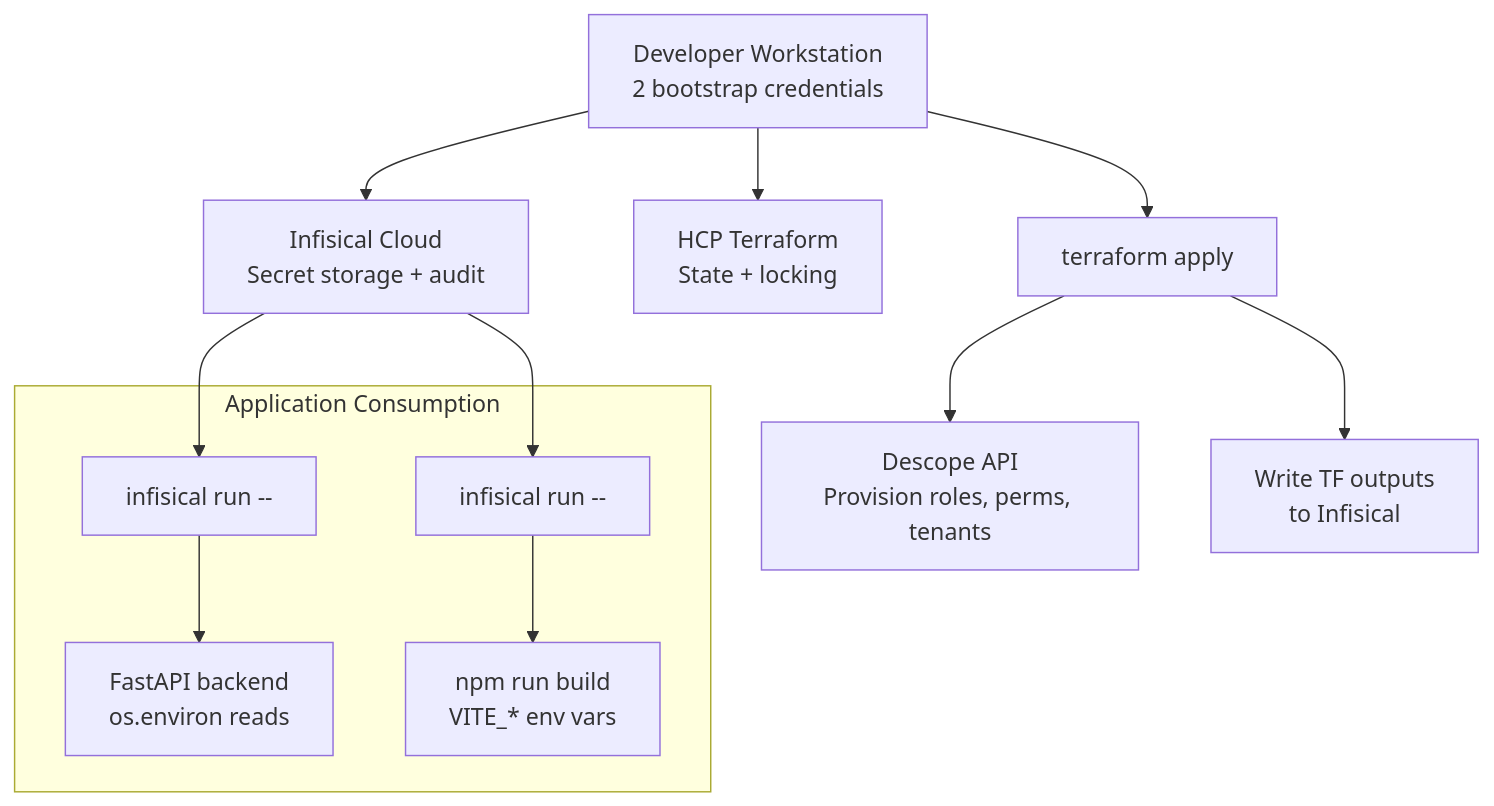
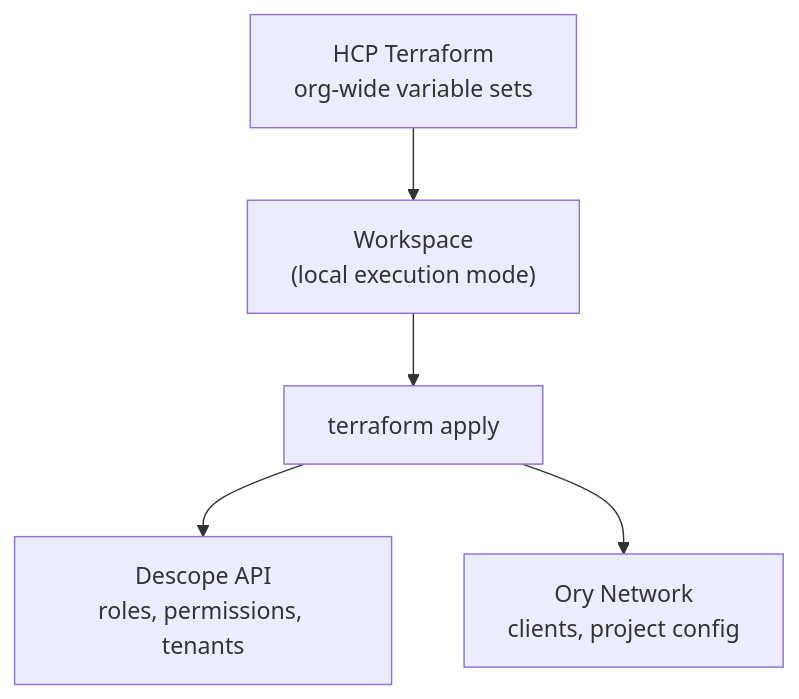
One commit to jamescrowley321/identity-stack-planning changed the fifth of 5 diagrams in docs/system-architecture.md. Above: the diagram before and after it, drawn with Mermaid. The commit also changed other lines of this file and 25 other files, not shown here.

````diff
--- a/docs/system-architecture.md
+++ b/docs/system-architecture.md
@@ -323,18 +327,8 @@
 ```mermaid
 flowchart TD
-    DEV["Developer Workstation<br/>2 bootstrap credentials"]
-    DEV --> INF["Infisical Cloud<br/>Secret storage + audit"]
-    DEV --> HCP["HCP Terraform<br/>State + locking"]
-    DEV --> TF["terraform apply"]
-
-    TF --> DESC["Descope API<br/>Provision roles, perms, tenants"]
-    TF --> INF_WRITE["Write TF outputs<br/>to Infisical"]
-
-    subgraph consume["Application Consumption"]
-        CLI["infisical run --"] --> BACKEND["FastAPI backend<br/>os.environ reads"]
-        CLI2["infisical run --"] --> FRONTEND["npm run build<br/>VITE_* env vars"]
-    end
-
-    INF --> CLI
-    INF --> CLI2
+    VS["HCP Terraform<br/>org-wide variable sets"]
+    VS --> WS["Workspace<br/>(local execution mode)"]
+    WS --> TF["terraform apply"]
+    TF --> DESC["Descope API<br/>roles, permissions, tenants"]
+    TF --> ORY["Ory Network<br/>clients, project config"]
 ```
````
